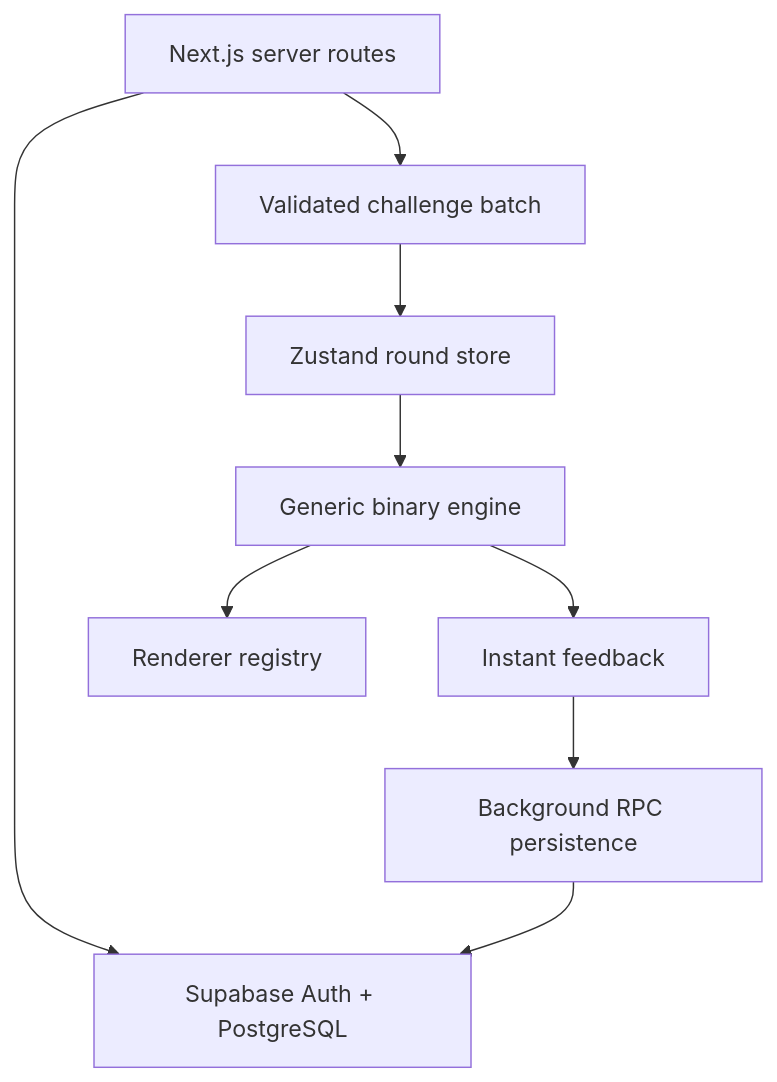
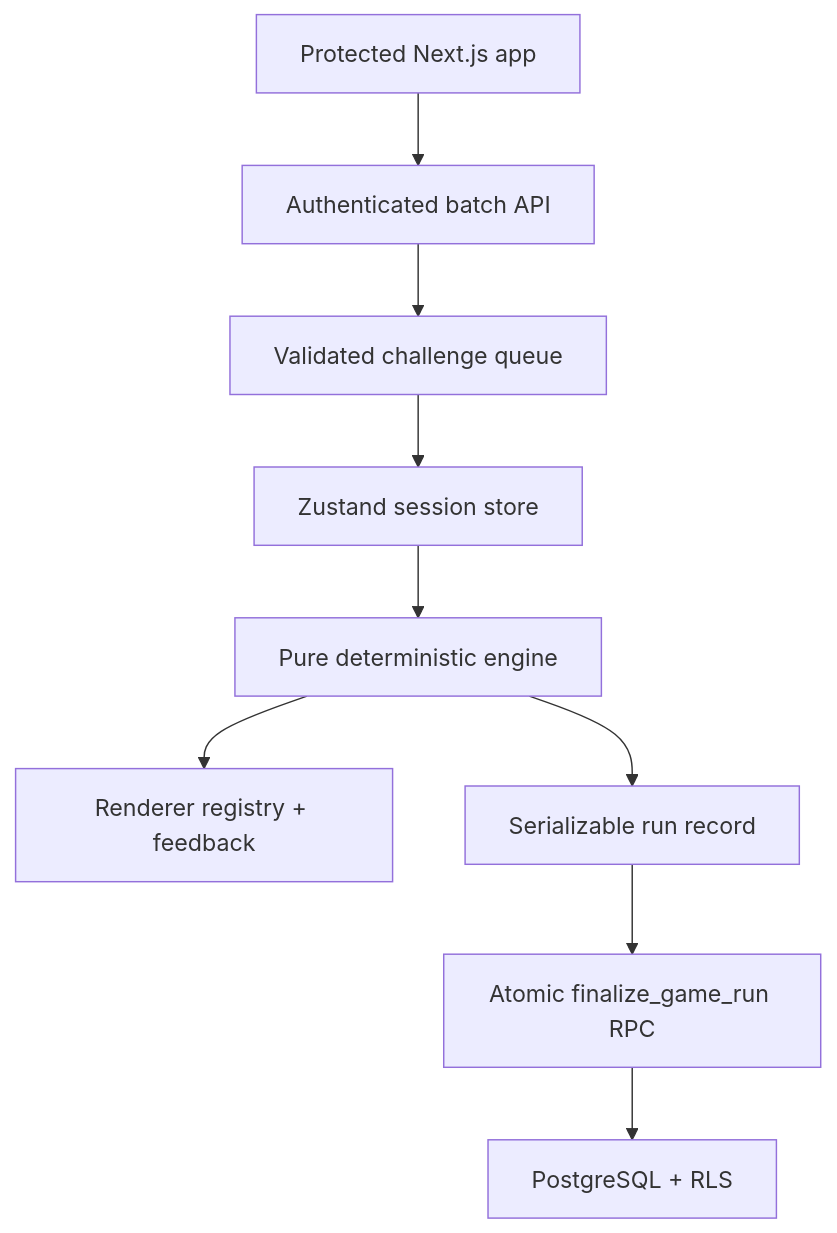
The diagram in docs/ARCHITECTURE.md (RadinPourfarzi/BWSI-Hackathon), drawn with Mermaid before and after one commit. The commit also changed other lines of this file and 42 other files, not shown here.

````diff
--- a/docs/ARCHITECTURE.md
+++ b/docs/ARCHITECTURE.md
@@ -8,11 +8,11 @@
 ```mermaid
 flowchart TD
-    A["Next.js server routes"] --> B["Supabase Auth + PostgreSQL"]
-    A --> C["Validated challenge batch"]
-    C --> D["Zustand round store"]
-    D --> E["Generic binary engine"]
-    E --> F["Renderer registry"]
-    E --> G["Instant feedback"]
-    G --> H["Background RPC persistence"]
-    H --> B
+    A["Protected Next.js app"] --> B["Authenticated batch API"]
+    B --> C["Validated challenge queue"]
+    C --> D["Zustand session store"]
+    D --> E["Pure deterministic engine"]
+    E --> F["Renderer registry + feedback"]
+    E --> G["Serializable run record"]
+    G --> H["Atomic finalize_game_run RPC"]
+    H --> I["PostgreSQL + RLS"]
 ```
````
